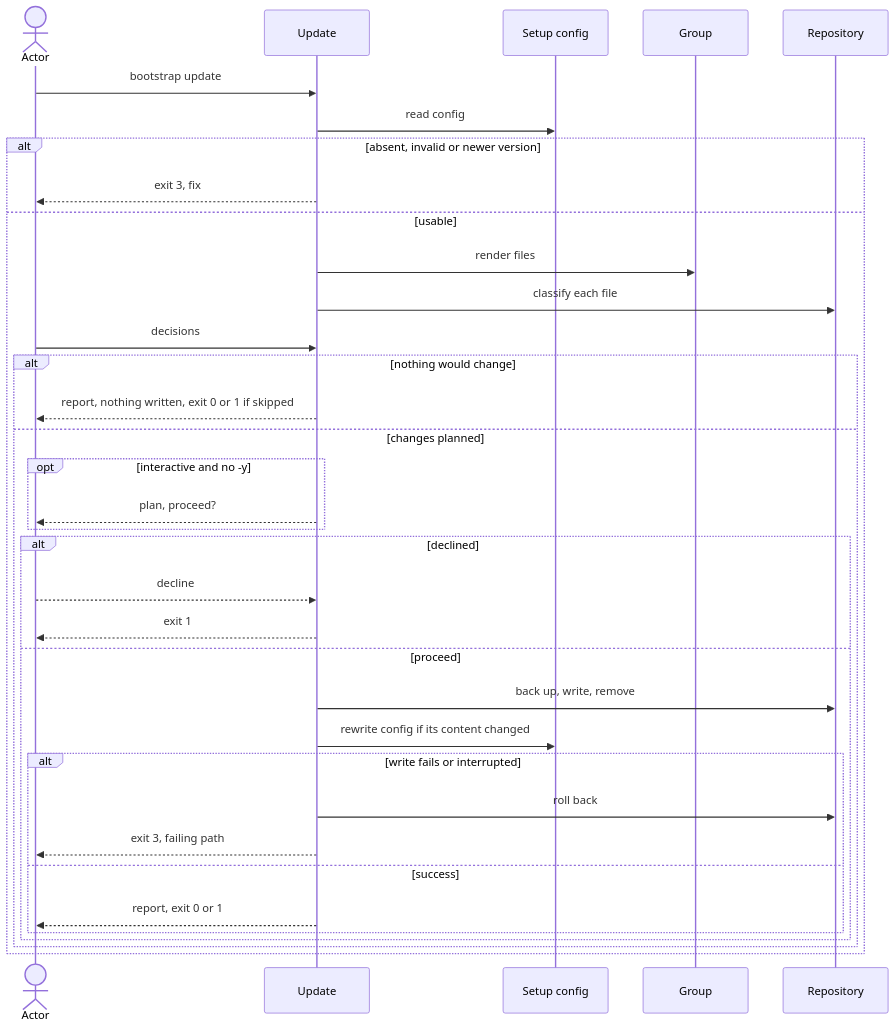
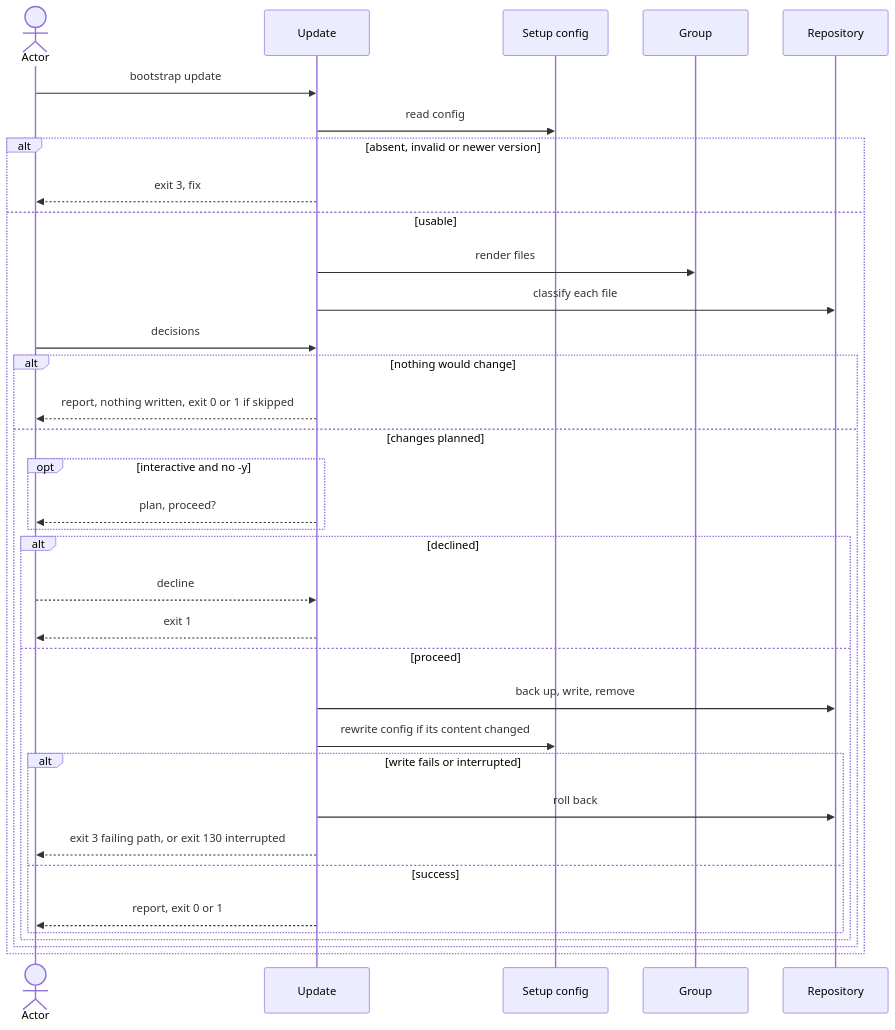
Before and after one commit to virajp/bootstrap: the diagram in docs/blueprint/flows/cli/130-update-repository/index.md, drawn with Mermaid. The commit also changed other lines of this file and 14 other files, not shown here.

Commit message:
docs: blueprint flow site/110-documentation, density pass, coherence fixes, coverage complete

````diff
--- a/docs/blueprint/flows/cli/130-update-repository/index.md
+++ b/docs/blueprint/flows/cli/130-update-repository/index.md
@@ -123,37 +118,37 @@
 ```mermaid
 sequenceDiagram
     actor O as Actor
     participant U as Update
     participant C as Setup config
     participant G as Group
     participant R as Repository
     O->>U: bootstrap update
     U->>C: read config
     alt absent, invalid or newer version
         U-->>O: exit 3, fix
     else usable
         U->>G: render files
         U->>R: classify each file
         O->>U: decisions
         alt nothing would change
             U-->>O: report, nothing written, exit 0 or 1 if skipped
         else changes planned
             opt interactive and no -y
                 U-->>O: plan, proceed?
             end
             alt declined
                 O-->>U: decline
                 U-->>O: exit 1
             else proceed
                 U->>R: back up, write, remove
                 U->>C: rewrite config if its content changed
                 alt write fails or interrupted
                     U->>R: roll back
-                    U-->>O: exit 3, failing path
+                    U-->>O: exit 3 failing path, or exit 130 interrupted
                 else success
                     U-->>O: report, exit 0 or 1
                 end
             end
         end
     end
 ```
````
